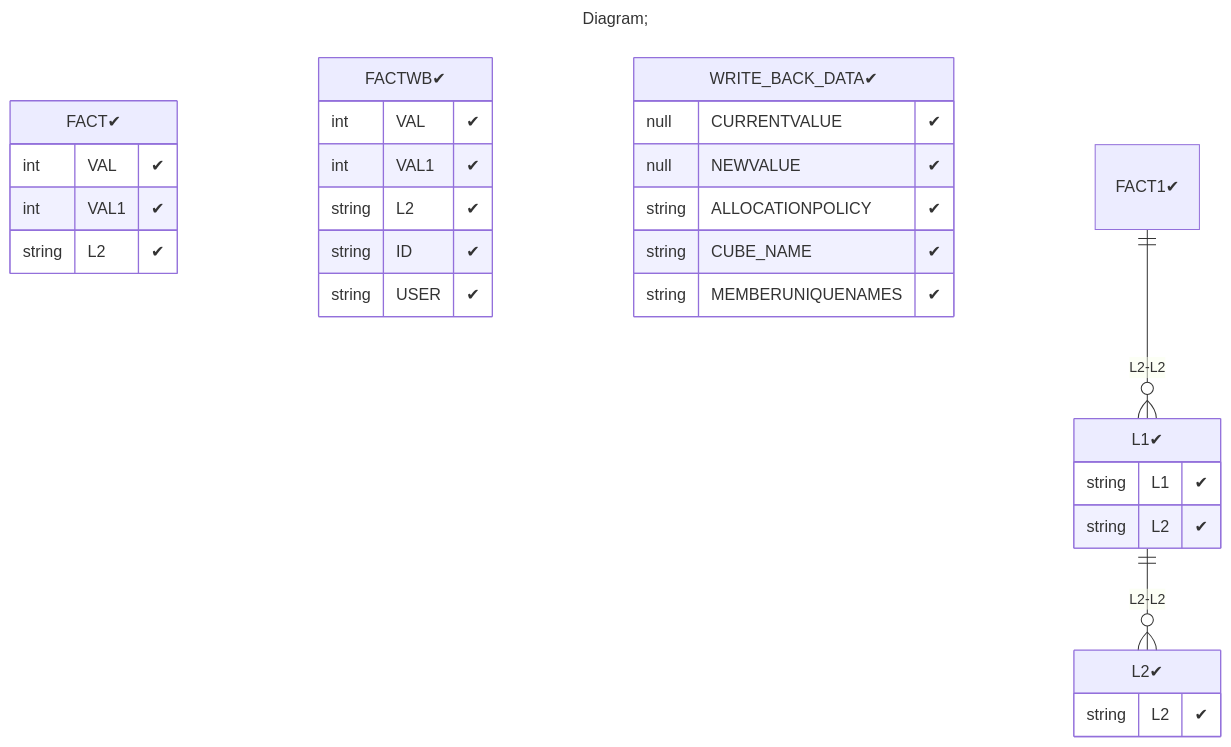
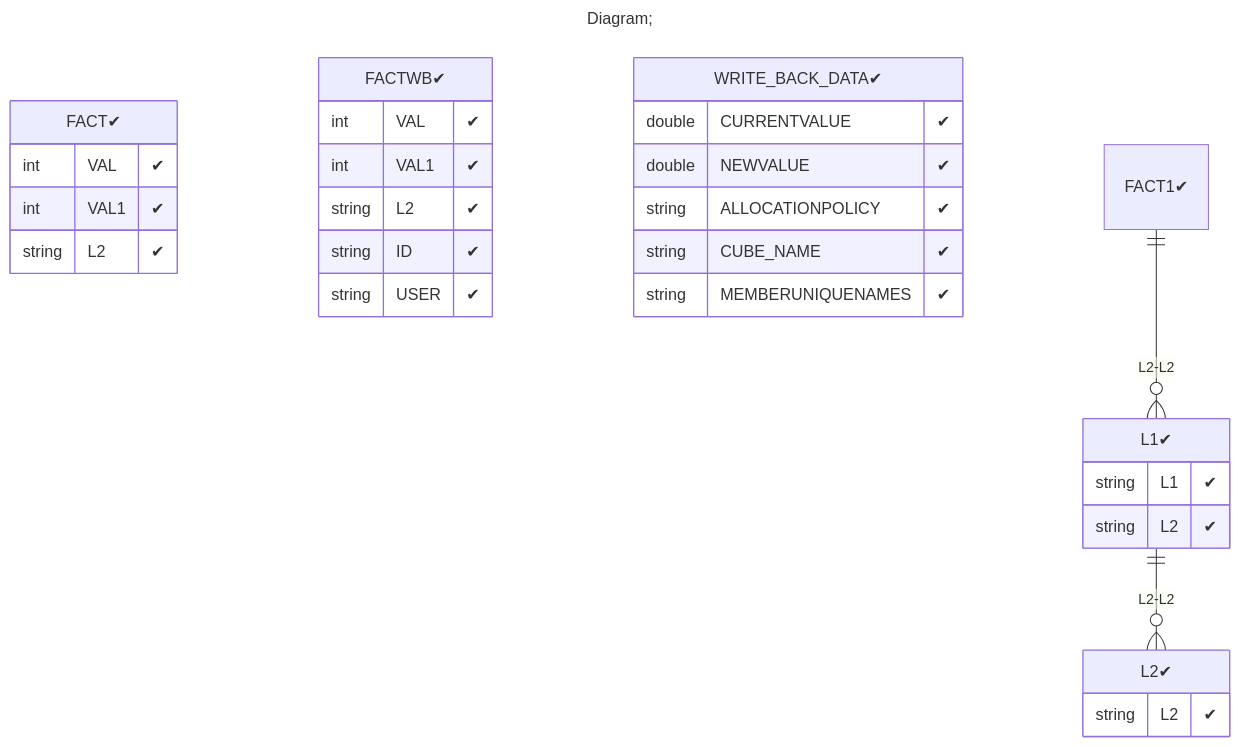
One commit to xmla-services/workground changed the third of 3 diagrams in demo/server/catalogs/tutorial_for_writeback_with_fact_view/README.MD. Above: the diagram before and after it, drawn with Mermaid. The commit also changed 31 other files, not shown here.

````diff
--- a/demo/server/catalogs/tutorial_for_writeback_with_fact_view/README.MD
+++ b/demo/server/catalogs/tutorial_for_writeback_with_fact_view/README.MD
@@ -98,35 +98,35 @@
 ```mermaid
 ---
 title: Diagram;
 ---
 erDiagram
 "FACT✔"{
 int VAL "✔"
 int VAL1 "✔"
 string L2 "✔"
 }
 "FACTWB✔"{
 int VAL "✔"
 int VAL1 "✔"
 string L2 "✔"
 string ID "✔"
 string USER "✔"
 }
 "L1✔"{
 string L1 "✔"
 string L2 "✔"
 }
 "L2✔"{
 string L2 "✔"
 }
 "WRITE_BACK_DATA✔"{
-null CURRENTVALUE "✔"
-null NEWVALUE "✔"
+double CURRENTVALUE "✔"
+double NEWVALUE "✔"
 string ALLOCATIONPOLICY "✔"
 string CUBE_NAME "✔"
 string MEMBERUNIQUENAMES "✔"
 }
 
 "FACT1✔" ||--o{ "L1✔" : "L2-L2"
 "L1✔" ||--o{ "L2✔" : "L2-L2"
 ```
````
